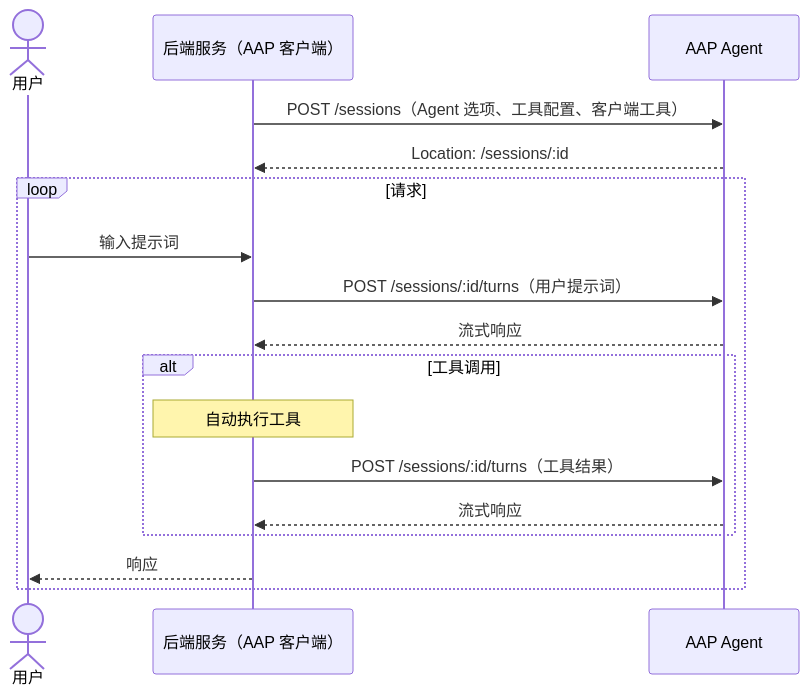
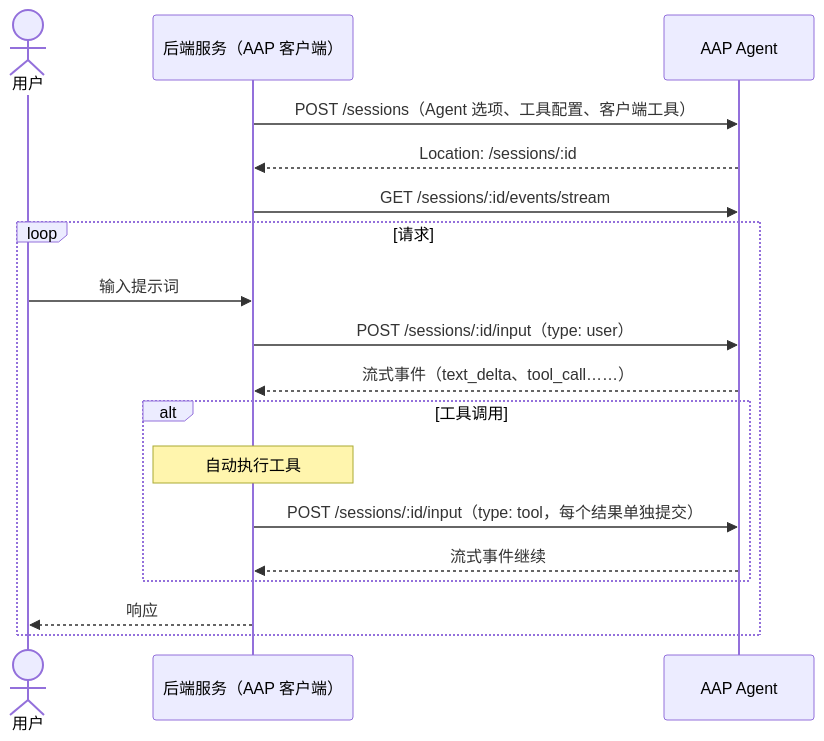
One commit to agentapplicationprotocol/agent-application-protocol changed the diagram in docs/zh/agent-as-a-microservice.md. Above: the diagram before and after it, drawn with Mermaid. The commit also changed other lines of this file and 27 other files, not shown here.

````diff
--- a/docs/zh/agent-as-a-microservice.md
+++ b/docs/zh/agent-as-a-microservice.md
@@ -42,20 +42,21 @@
 ```mermaid
 sequenceDiagram
     actor User as 用户
     participant Service as 后端服务（AAP 客户端）
     participant Agent as AAP Agent
 
     Service->>Agent: POST /sessions（Agent 选项、工具配置、客户端工具）
     Agent-->>Service: Location: /sessions/:id
+    Service->>Agent: GET /sessions/:id/events/stream
     loop 请求
         User->>Service: 输入提示词
-        Service->>Agent: POST /sessions/:id/turns（用户提示词）
-        Agent-->>Service: 流式响应
+        Service->>Agent: POST /sessions/:id/input（type: user）
+        Agent-->>Service: 流式事件（text_delta、tool_call……）
         alt 工具调用
             Note over Service: 自动执行工具
-            Service->>Agent: POST /sessions/:id/turns（工具结果）
-            Agent-->>Service: 流式响应
+            Service->>Agent: POST /sessions/:id/input（type: tool，每个结果单独提交）
+            Agent-->>Service: 流式事件继续
         end
         Service-->>User: 响应
     end
 ```
````
